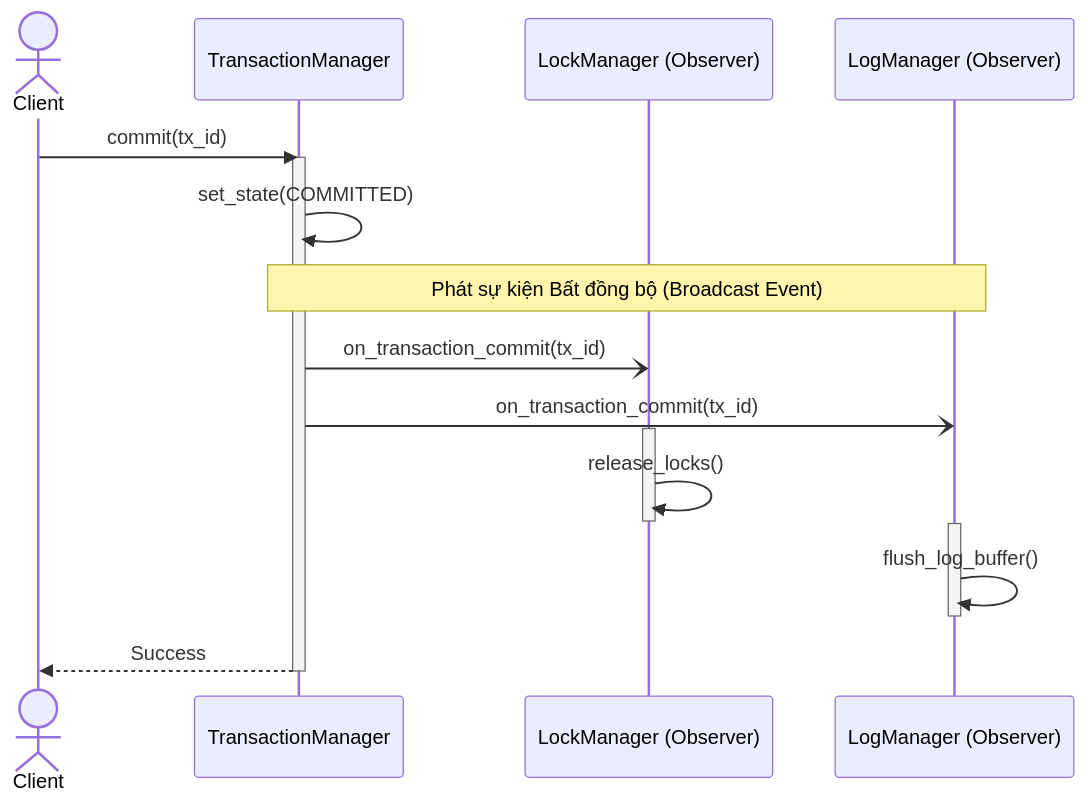
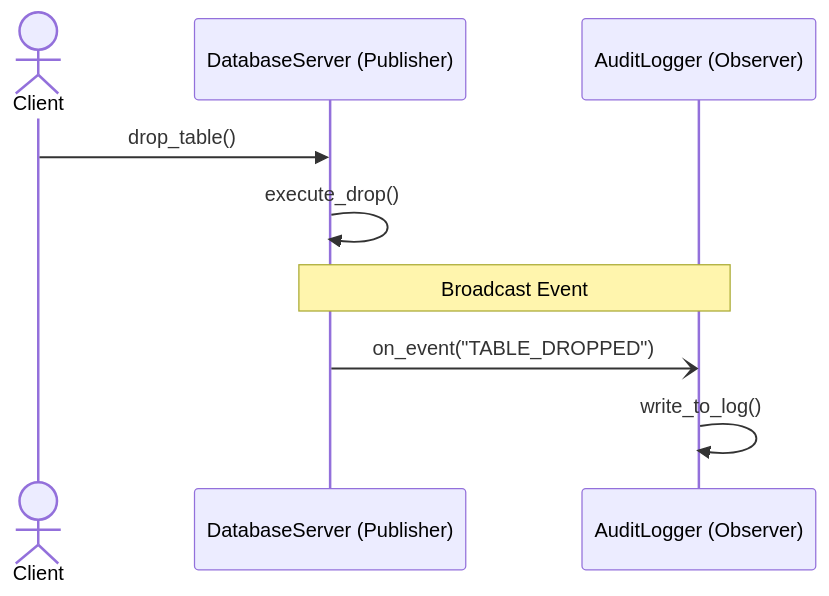
Diagram 14 of 16 in DPSuggest.md (TamBui1706/DBMS), drawn with Mermaid before and after one commit. The commit also changed other lines of this file, not shown here.

````diff
--- a/DPSuggest.md
+++ b/DPSuggest.md
@@ -234,27 +436,12 @@
 ```mermaid
 sequenceDiagram
     actor Client
-    participant TM as TransactionManager
-    participant Lock as LockManager (Observer)
-    participant WAL as LogManager (Observer)
+    participant DB as DatabaseServer (Publisher)
+    participant Audit as AuditLogger (Observer)
 
-    Client->>TM: commit(tx_id)
-    activate TM
-    
-    TM->>TM: set_state(COMMITTED)
-    
-    Note over TM, WAL: Phát sự kiện Bất đồng bộ (Broadcast Event)
-    TM-)Lock: on_transaction_commit(tx_id)
-    TM-)WAL: on_transaction_commit(tx_id)
-    
-    activate Lock
-    Lock->>Lock: release_locks()
-    deactivate Lock
-    
-    activate WAL
-    WAL->>WAL: flush_log_buffer()
-    deactivate WAL
-    
-    TM-->>Client: Success
-    deactivate TM
+    Client->>DB: drop_table()
+    DB->>DB: execute_drop()
+    Note over DB, Audit: Broadcast Event
+    DB-)Audit: on_event("TABLE_DROPPED")
+    Audit->>Audit: write_to_log()
 ```
````
